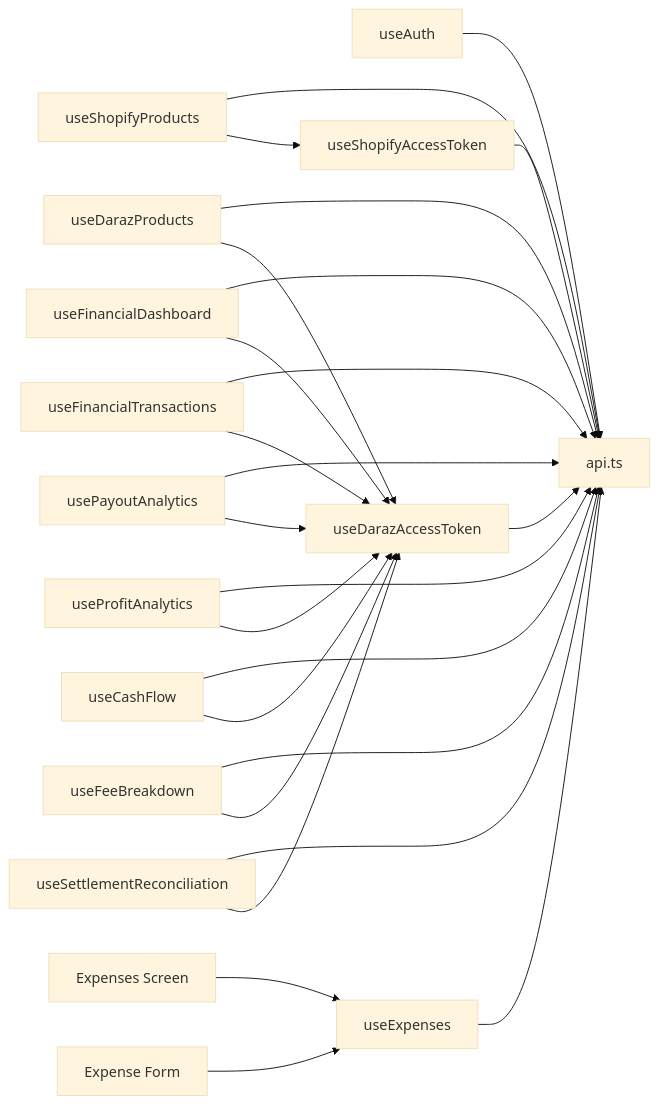
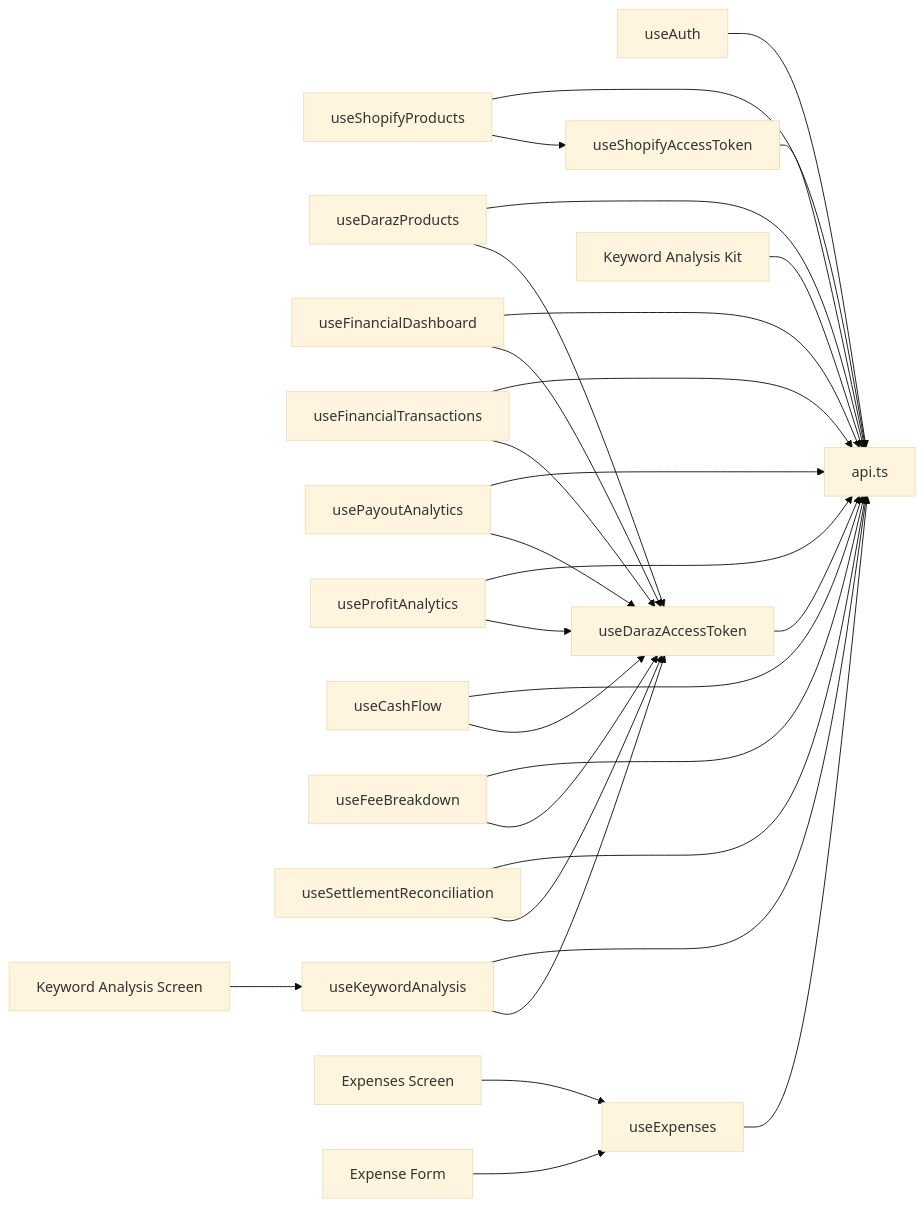
Before and after one commit to Muhammad-Masood/tijarah-ai-app: the third of 6 diagrams in .qoder/repowiki/en/content/API Integration.md, drawn with Mermaid (base theme). The commit also changed other lines of this file and 3 other files, not shown here.

````diff
--- a/.qoder/repowiki/en/content/API Integration.md
+++ b/.qoder/repowiki/en/content/API Integration.md
@@ -508,27 +591,31 @@
 ```mermaid
 graph LR
 Auth["useAuth"] --> API["api.ts"]
 ShopifyToken["useShopifyAccessToken"] --> API
 DarazToken["useDarazAccessToken"] --> API
 ShopifyProducts["useShopifyProducts"] --> API
 DarazProducts["useDarazProducts"] --> API
 FinanceDashboard["useFinancialDashboard"] --> API
 FinanceTransactions["useFinancialTransactions"] --> API
 FinancePayouts["usePayoutAnalytics"] --> API
 FinanceProfit["useProfitAnalytics"] --> API
 FinanceCashFlow["useCashFlow"] --> API
 FinanceFees["useFeeBreakdown"] --> API
 FinanceSettlement["useSettlementReconciliation"] --> API
 Expenses["useExpenses"] --> API
+KeywordAnalysis["useKeywordAnalysis"] --> API
+KeywordKit["Keyword Analysis Kit"] --> API
+KeywordScreen["Keyword Analysis Screen"] --> KeywordAnalysis
 ExpensesScreen["Expenses Screen"] --> Expenses
 ExpenseForm["Expense Form"] --> Expenses
 ShopifyProducts --> ShopifyToken
 DarazProducts --> DarazToken
 FinanceDashboard --> DarazToken
 FinanceTransactions --> DarazToken
 FinancePayouts --> DarazToken
 FinanceProfit --> DarazToken
 FinanceCashFlow --> DarazToken
 FinanceFees --> DarazToken
 FinanceSettlement --> DarazToken
+KeywordAnalysis --> DarazToken
 ```
````
